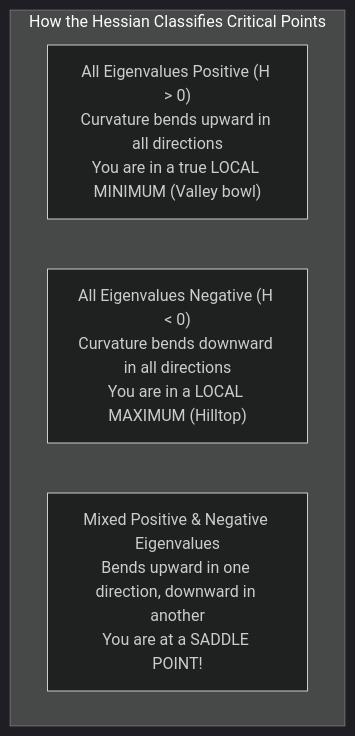
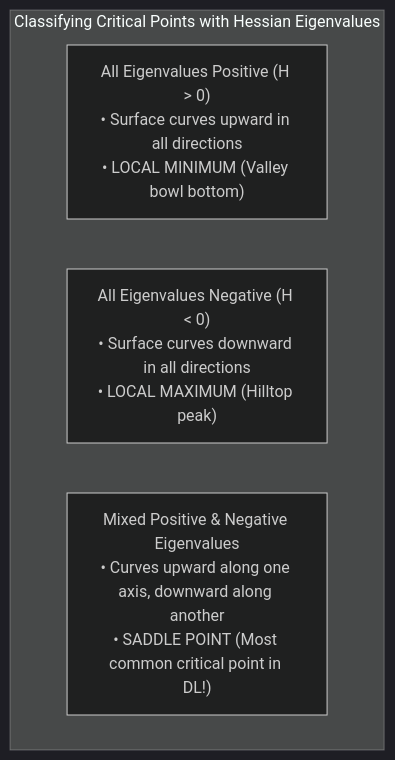
One commit to jashu-16/cv_engineering changed the ninth of 10 diagrams in docs/00-math-foundations/level-02-calculus-optimization.md. Above: the diagram before and after it, drawn with Mermaid (dark theme). The commit also changed other lines of this file and 5 other files, not shown here.

````diff
--- a/docs/00-math-foundations/level-02-calculus-optimization.md
+++ b/docs/00-math-foundations/level-02-calculus-optimization.md
@@ -255,8 +690,8 @@
 ```mermaid
 flowchart TD
-    subgraph HessianCurvature["How the Hessian Classifies Critical Points"]
-        H_Min["All Eigenvalues Positive (H > 0)\nCurvature bends upward in all directions\nYou are in a true LOCAL MINIMUM (Valley bowl)"]
-        H_Max["All Eigenvalues Negative (H < 0)\nCurvature bends downward in all directions\nYou are in a LOCAL MAXIMUM (Hilltop)"]
-        H_Saddle["Mixed Positive & Negative Eigenvalues\nBends upward in one direction, downward in another\nYou are at a SADDLE POINT!"]
+    subgraph HessianCurvatureAnalysis["Classifying Critical Points with Hessian Eigenvalues"]
+        H_Min["All Eigenvalues Positive (H > 0)\n• Surface curves upward in all directions\n• LOCAL MINIMUM (Valley bowl bottom)"]
+        H_Max["All Eigenvalues Negative (H < 0)\n• Surface curves downward in all directions\n• LOCAL MAXIMUM (Hilltop peak)"]
+        H_Saddle["Mixed Positive & Negative Eigenvalues\n• Curves upward along one axis, downward along another\n• SADDLE POINT (Most common critical point in DL!)"]
     end
 ```
````
